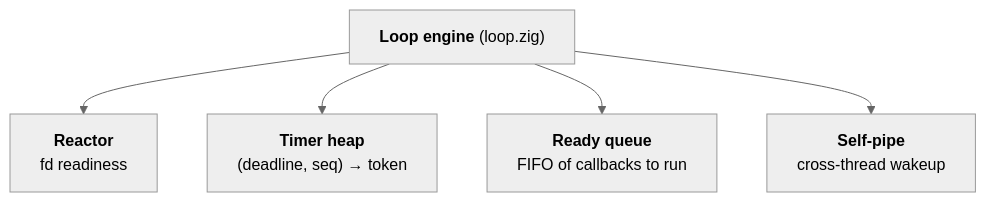
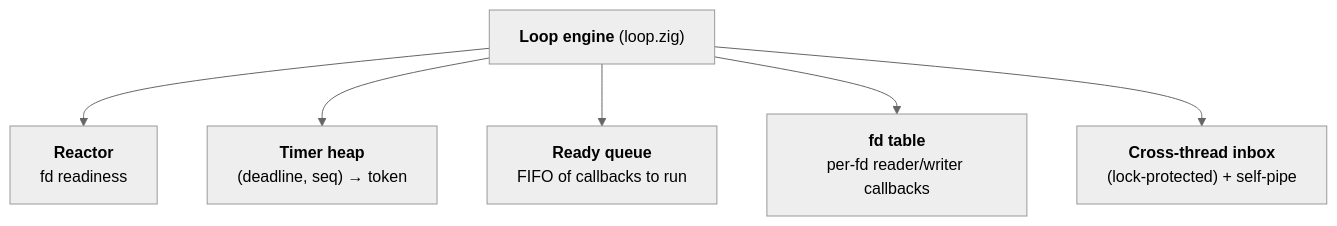
Before and after one commit to Kludex/zloop: the first of 3 diagrams in docs/architecture/the-loop.md, drawn with Mermaid (neutral theme). The commit also changed other lines of this file and 15 other files, not shown here.

````diff
--- a/docs/architecture/the-loop.md
+++ b/docs/architecture/the-loop.md
@@ -15,8 +15,9 @@
 ```mermaid
 graph TD
     L["<b>Loop engine</b> (loop.zig)"]
     L --> RE["<b>Reactor</b><br/>fd readiness"]
     L --> TI["<b>Timer heap</b><br/>(deadline, seq) → token"]
     L --> RQ["<b>Ready queue</b><br/>FIFO of callbacks to run"]
-    L --> WP["<b>Self-pipe</b><br/>cross-thread wakeup"]
+    L --> FD["<b>fd table</b><br/>per-fd reader/writer callbacks"]
+    L --> XT["<b>Cross-thread inbox</b><br/>(lock-protected) + self-pipe"]
 ```
````
